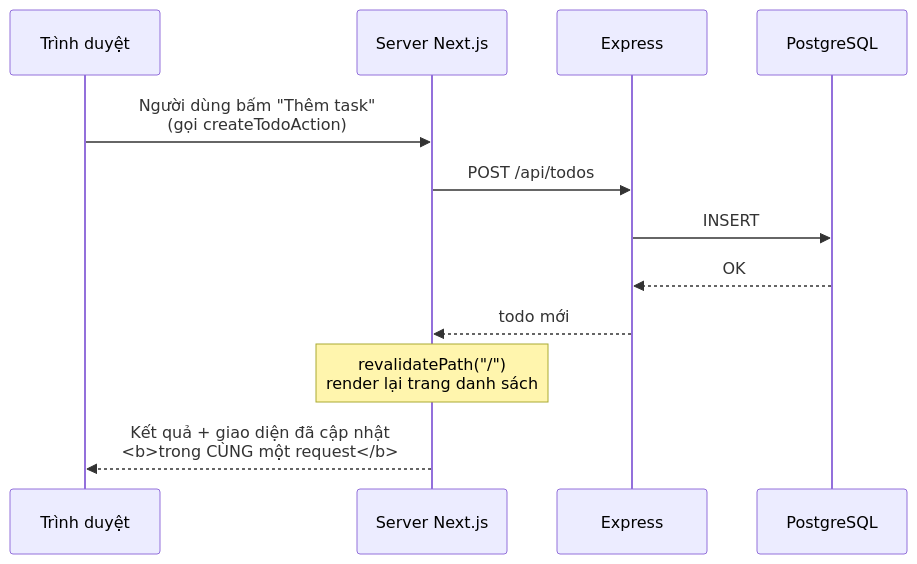
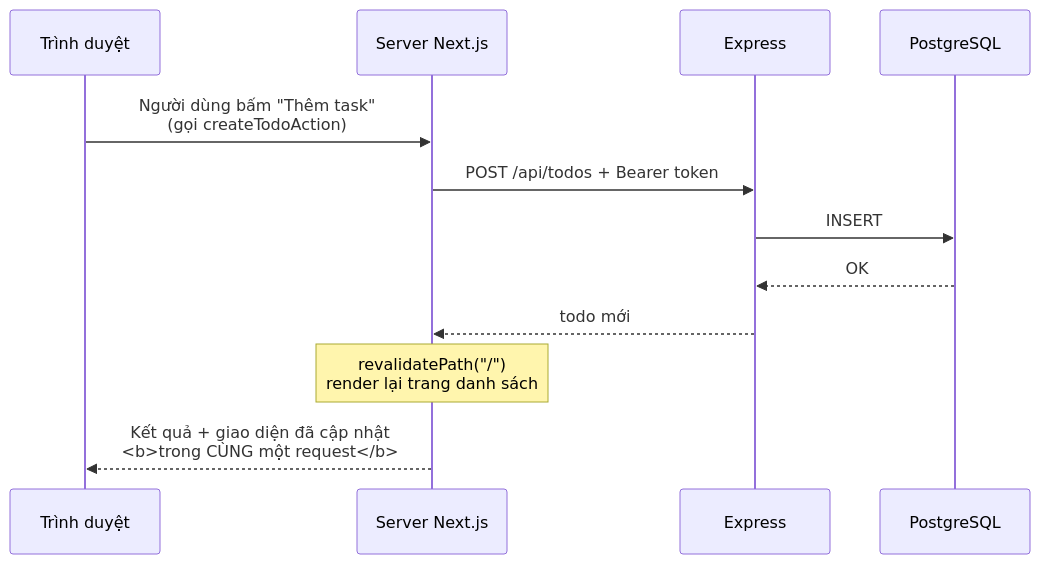
Before and after one commit to nguyenbaohua/nextjs-express-demo: the fourth of 5 diagrams in frontend/LEARN.md, drawn with Mermaid. The commit also changed other lines of this file and 99 other files, not shown here.

````diff
--- a/frontend/LEARN.md
+++ b/frontend/LEARN.md
@@ -151,15 +176,15 @@
 ```mermaid
 sequenceDiagram
     participant B as Trình duyệt
     participant N as Server Next.js
     participant E as Express
     participant DB as PostgreSQL
 
     B->>N: Người dùng bấm "Thêm task"<br/>(gọi createTodoAction)
-    N->>E: POST /api/todos
+    N->>E: POST /api/todos + Bearer token
     E->>DB: INSERT
     DB-->>E: OK
     E-->>N: todo mới
     Note over N: revalidatePath("/")<br/>render lại trang danh sách
     N-->>B: Kết quả + giao diện đã cập nhật<br/><b>trong CÙNG một request</b>
 ```
````
